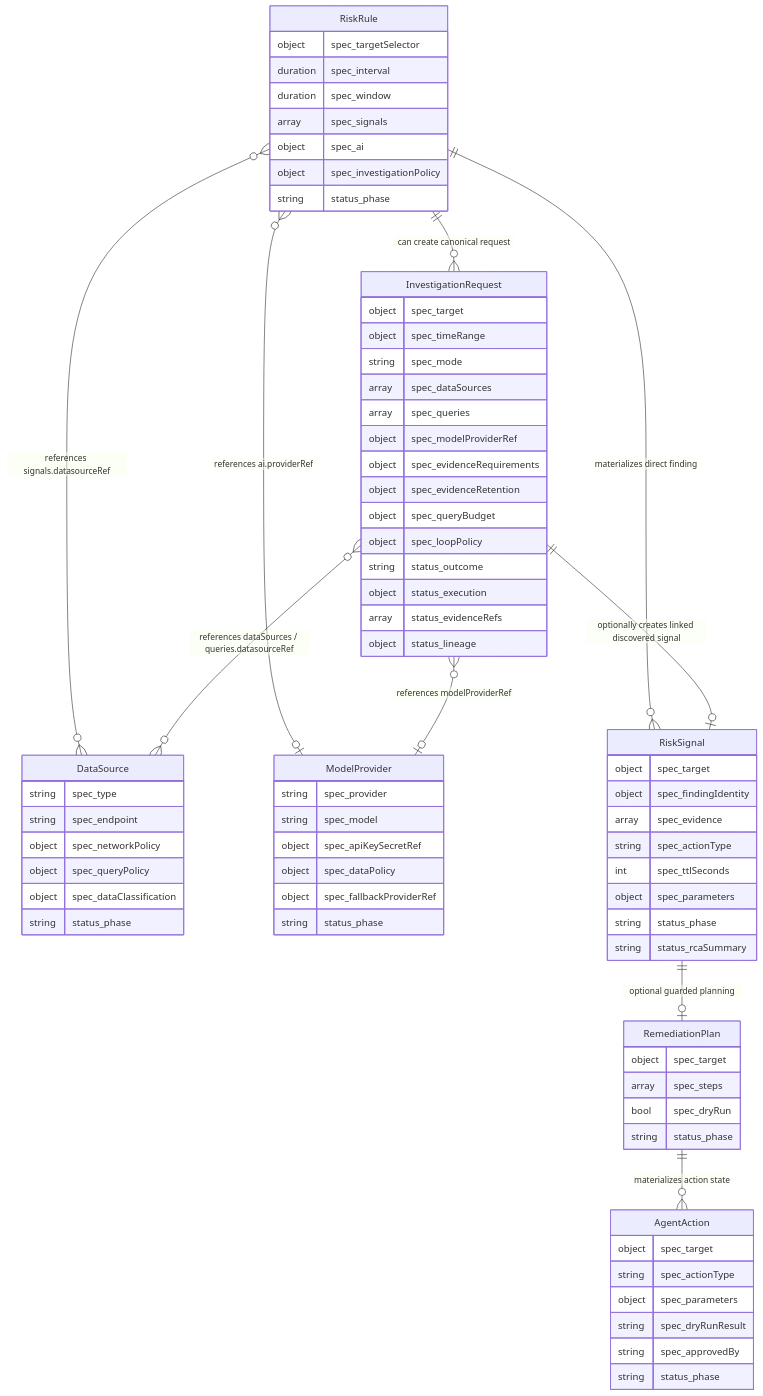
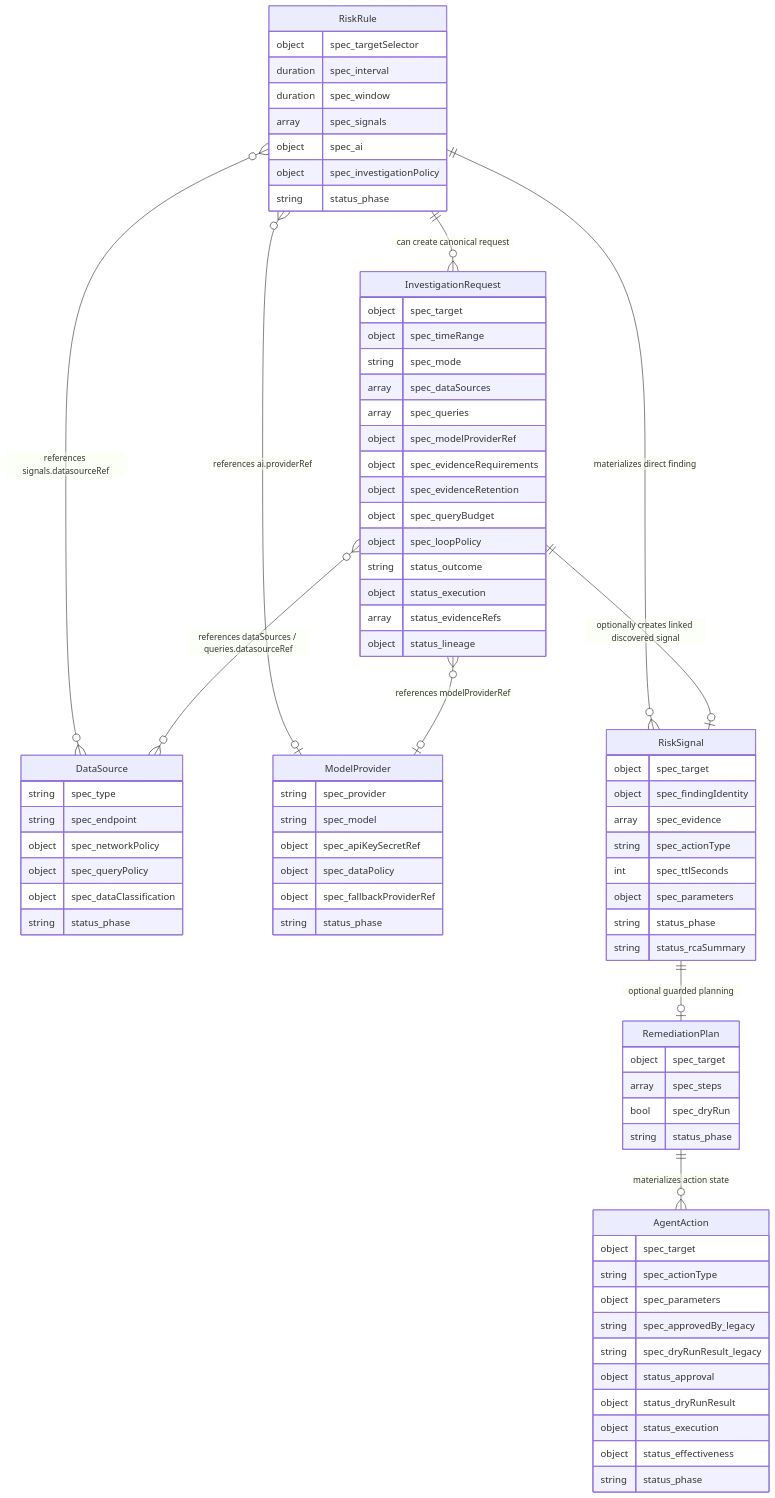
The third of 18 diagrams in docs/architecture/mermaid-diagrams.md (FluxSeer/fluxseer-rca), drawn with Mermaid before and after one commit. The commit also changed other lines of this file and 3 other files, not shown here.

Commit message:
docs: document architecture hardening contracts

```diff
--- a/docs/architecture/mermaid-diagrams.md
+++ b/docs/architecture/mermaid-diagrams.md
@@ -236,8 +238,12 @@
         object spec_target
         string spec_actionType
         object spec_parameters
-        string spec_dryRunResult
-        string spec_approvedBy
+        string spec_approvedBy_legacy
+        string spec_dryRunResult_legacy
+        object status_approval
+        object status_dryRunResult
+        object status_execution
+        object status_effectiveness
         string status_phase
     }
 
```
